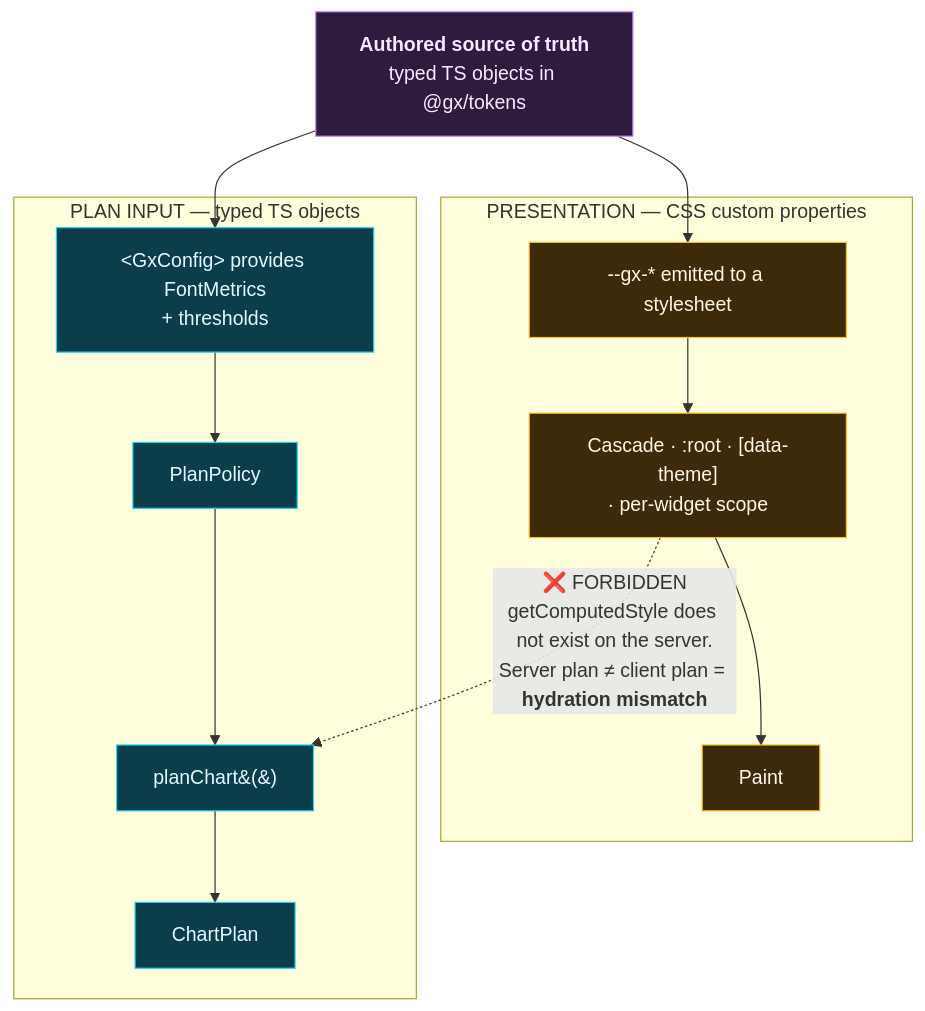
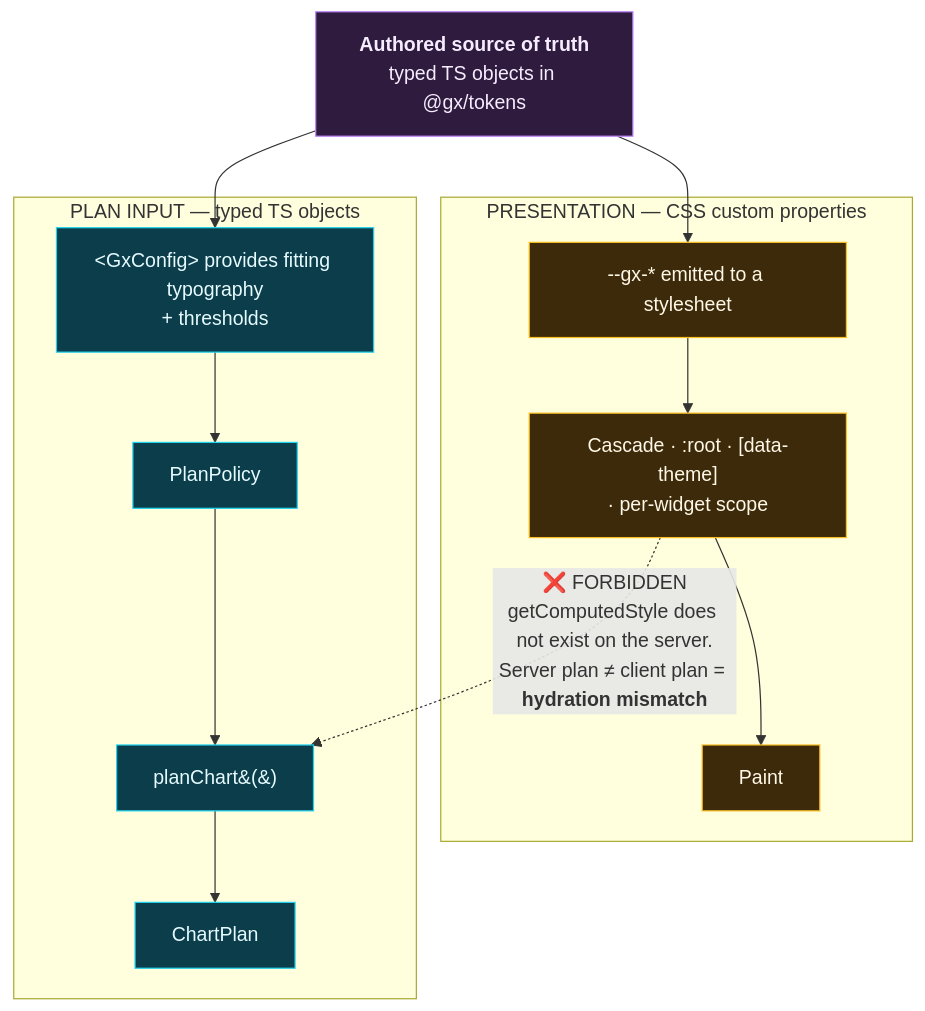
One commit to DeshpandeBoy/Defence-Charts changed the first of 3 diagrams in research/maps/03-token-flow.md. Above: the diagram before and after it, drawn with Mermaid. The commit also changed other lines of this file and 42 other files, not shown here.

````diff
--- a/research/maps/03-token-flow.md
+++ b/research/maps/03-token-flow.md
@@ -13,31 +13,31 @@
 ```mermaid
 flowchart TD
     src["<b>Authored source of truth</b><br/>typed TS objects in @gx/tokens"]
 
     subgraph pres["PRESENTATION — CSS custom properties"]
         p1["--gx-* emitted to a stylesheet"]
         p2["Cascade · :root · [data-theme]<br/>· per-widget scope"]
         p3["Paint"]
         p1 --> p2 --> p3
     end
 
     subgraph plan["PLAN INPUT — typed TS objects"]
-        q1["&lt;GxConfig&gt; provides FontMetrics<br/>+ thresholds"]
+        q1["&lt;GxConfig&gt; provides fitting typography<br/>+ thresholds"]
         q2["PlanPolicy"]
         q3["planChart&#40;&#41;"]
         q4["ChartPlan"]
         q1 --> q2 --> q3 --> q4
     end
 
     src --> p1
     src --> q1
 
     p2 -.->|"❌ FORBIDDEN<br/>getComputedStyle does not exist on the server.<br/>Server plan ≠ client plan = <b>hydration mismatch</b>"| q3
 
     classDef s fill:#2f1b3d,stroke:#c084fc,color:#f6ecff
     classDef pr fill:#3d2a0b,stroke:#fbbf24,color:#fff8e6
     classDef pl fill:#0b3d4a,stroke:#22d3ee,color:#e6fbff
     class src s
     class p1,p2,p3 pr
     class q1,q2,q3,q4 pl
 ```
````
